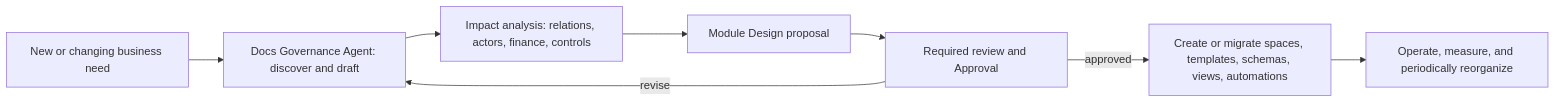
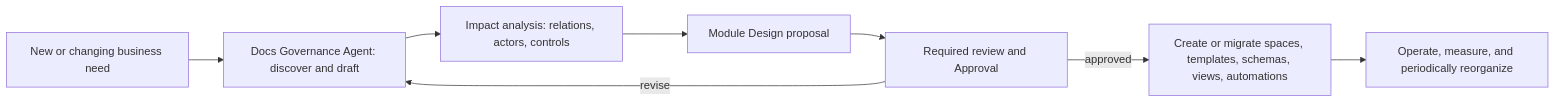
Before and after one commit to cyl19970726/multi-agent-harness: the diagram in docs/company-os/module-design.md, drawn with Mermaid. The commit also changed other lines of this file and 14 other files, not shown here.

````diff
--- a/docs/company-os/module-design.md
+++ b/docs/company-os/module-design.md
@@ -24,10 +24,10 @@
 ```mermaid
 flowchart LR
   N["New or changing business need"] --> A["Docs Governance Agent: discover and draft"]
-  A --> I["Impact analysis: relations, actors, finance, controls"]
+  A --> I["Impact analysis: relations, actors, controls"]
   I --> P["Module Design proposal"]
   P --> G["Required review and Approval"]
   G -->|approved| C["Create or migrate spaces, templates, schemas, views, automations"]
   G -->|revise| A
   C --> O["Operate, measure, and periodically reorganize"]
 ```
````
